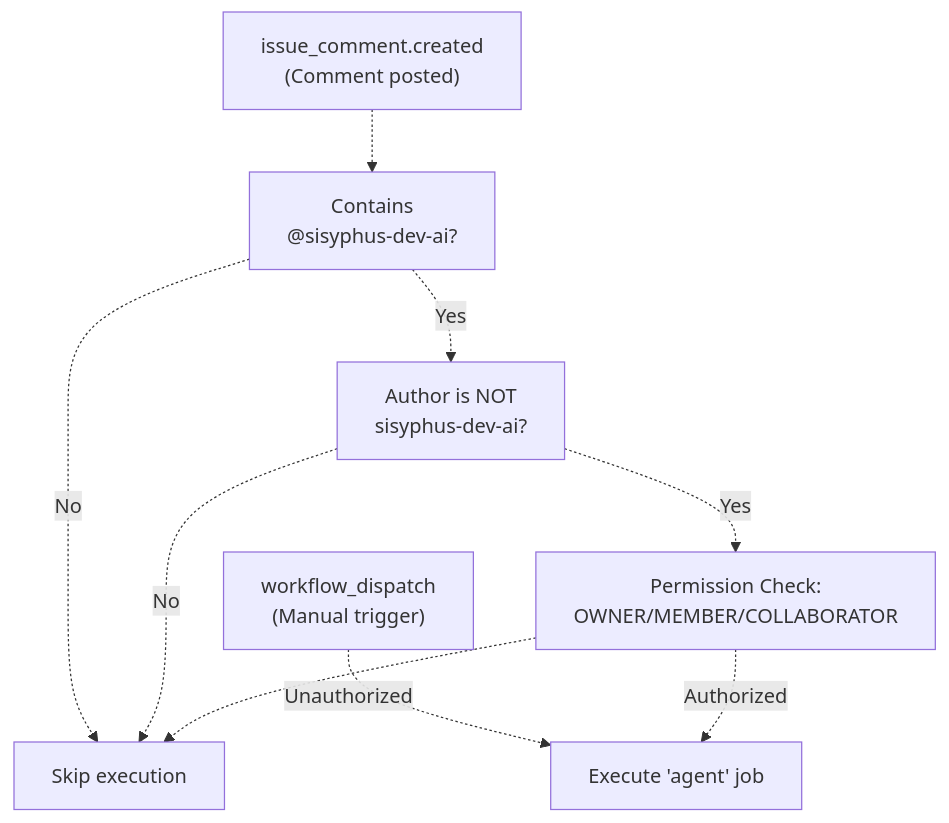
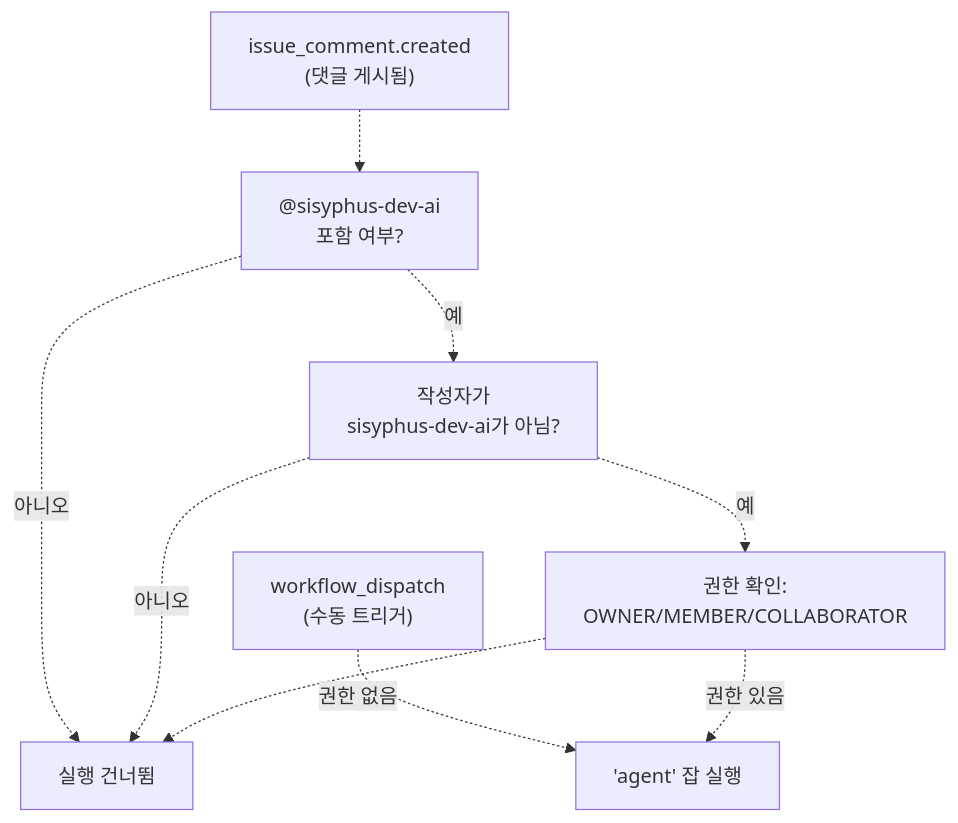
The first of 9 diagrams in docs/automation/sisyphus-agent-workflow.md (felipetruman/oh-my-opencode-docs), drawn with Mermaid before and after one commit. The commit also changed other lines of this file and 76 other files, not shown here.

````diff
--- a/docs/automation/sisyphus-agent-workflow.md
+++ b/docs/automation/sisyphus-agent-workflow.md
@@ -44,20 +42,20 @@
 ```mermaid
 flowchart TD
 
-WorkflowDispatch["workflow_dispatch<br>(Manual trigger)"]
-IssueComment["issue_comment.created<br>(Comment posted)"]
-AuthCheck["Permission Check:<br>OWNER/MEMBER/COLLABORATOR"]
-MentionCheck["Contains<br>@sisyphus-dev-ai?"]
-SelfCheck["Author is NOT<br>sisyphus-dev-ai?"]
-Execute["Execute 'agent' job"]
-Skip["Skip execution"]
+WorkflowDispatch["workflow_dispatch<br>(수동 트리거)"]
+IssueComment["issue_comment.created<br>(댓글 게시됨)"]
+AuthCheck["권한 확인:<br>OWNER/MEMBER/COLLABORATOR"]
+MentionCheck["@sisyphus-dev-ai<br>포함 여부?"]
+SelfCheck["작성자가<br>sisyphus-dev-ai가 아님?"]
+Execute["'agent' 잡 실행"]
+Skip["실행 건너뜀"]
 
-WorkflowDispatch -.->|"Unauthorized"| Execute
+WorkflowDispatch -.->|"권한 없음"| Execute
 IssueComment -.-> MentionCheck
-MentionCheck -.->|"No"| Skip
-MentionCheck -.->|"Yes"| SelfCheck
-SelfCheck -.->|"No"| Skip
-SelfCheck -.->|"Yes"| AuthCheck
-AuthCheck -.->|"Authorized"| Execute
+MentionCheck -.->|"아니오"| Skip
+MentionCheck -.->|"예"| SelfCheck
+SelfCheck -.->|"아니오"| Skip
+SelfCheck -.->|"예"| AuthCheck
+AuthCheck -.->|"권한 있음"| Execute
 AuthCheck -.-> Skip
 ```
````
